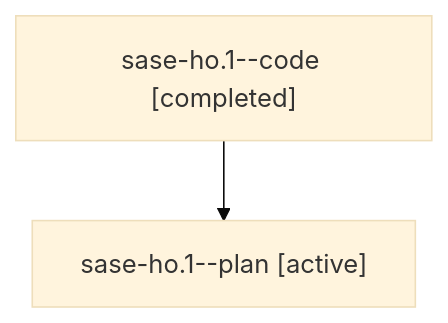
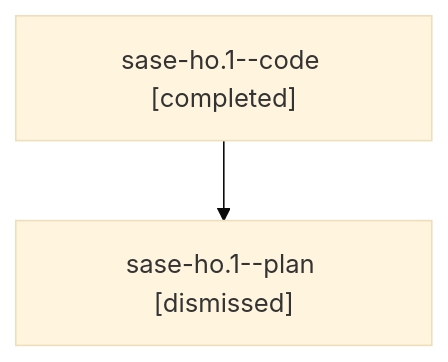
The diagram in sessions/bbugyi200.athena.sase-ho.1.md (sase-org/sase--agents), drawn with Mermaid (base theme) before and after one commit. The commit also changed other lines of this file and 61 other files, not shown here.

````diff
--- a/sessions/bbugyi200.athena.sase-ho.1.md
+++ b/sessions/bbugyi200.athena.sase-ho.1.md
@@ -9,6 +9,6 @@
 ```mermaid
 flowchart TD
   n0["sase-ho.1--code [completed]"]
-  n1["sase-ho.1--plan [active]"]
+  n1["sase-ho.1--plan [dismissed]"]
   n0 --> n1
 ```
````
